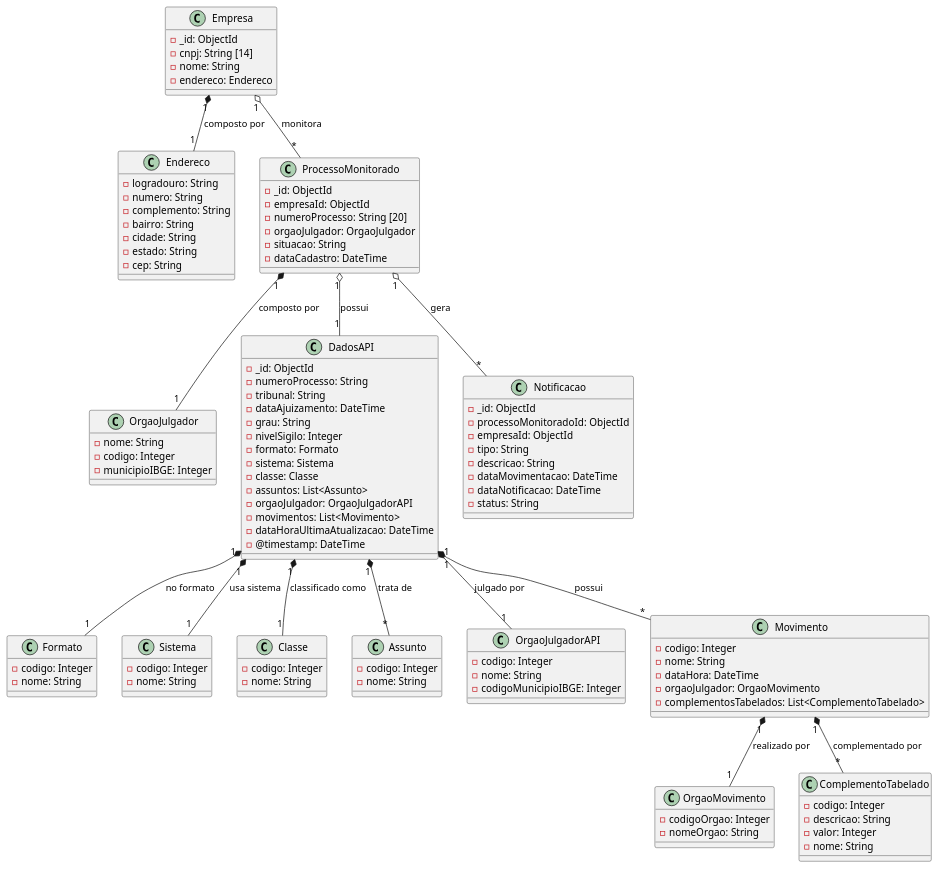
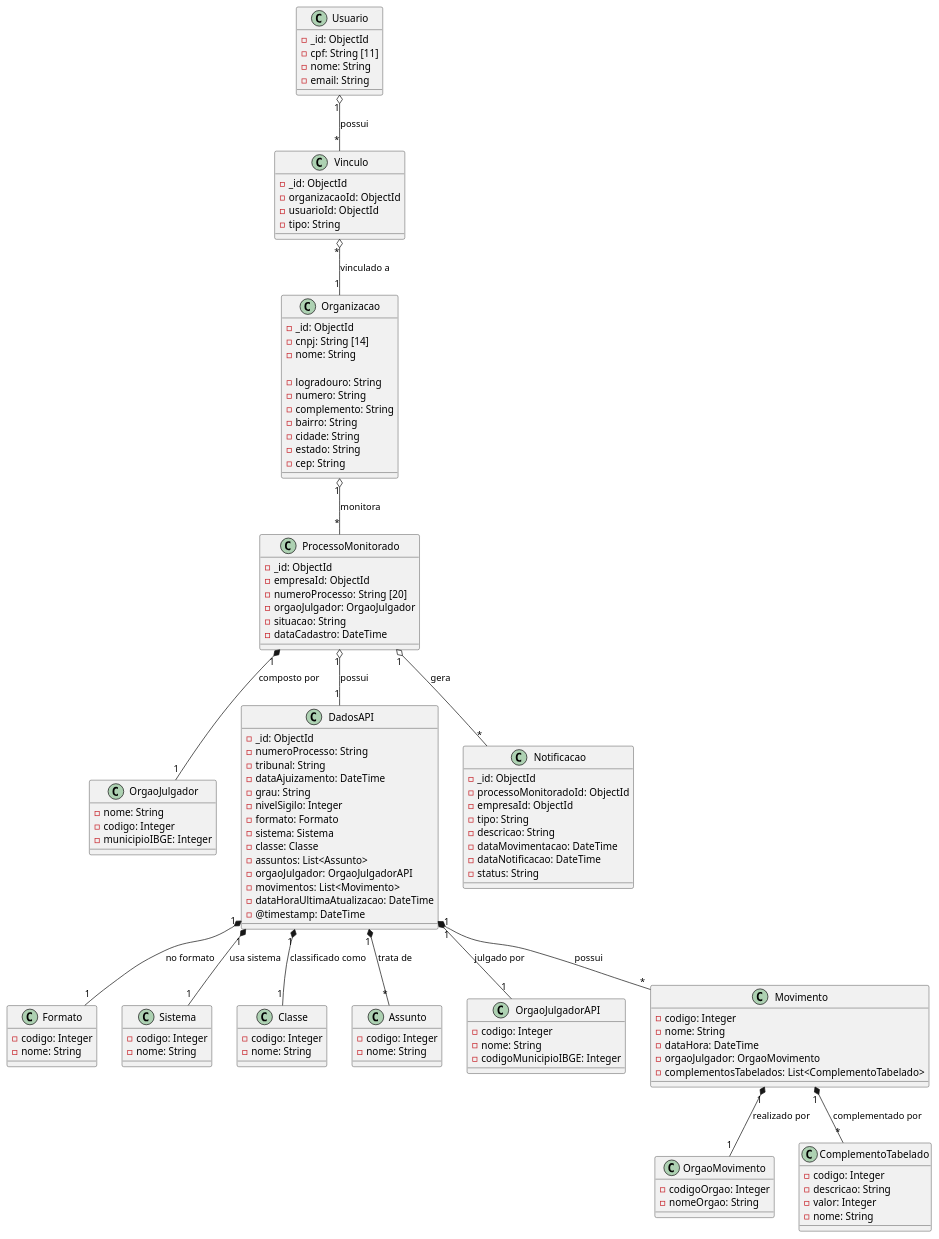
One commit to HelderVieira/cnj_push_notfication changed the diagram in docs/diagrama_classes.pu. Above: the diagram before and after it, drawn with PlantUML.

Commit message:
refactor: merge Endereco into Organizacao and add Usuario/Vinculo entities

```diff
--- a/docs/diagrama_classes.pu
+++ b/docs/diagrama_classes.pu
@@ -1,130 +1,142 @@
 @startuml CNJ Push Notification
 ' title CNJ Push Notification
 
-
-class Empresa {
+class Organizacao {
   - _id: ObjectId
   - cnpj: String [14]
   - nome: String
-  - endereco: Endereco
-}
 
-class Endereco {
   - logradouro: String
   - numero: String
   - complemento: String
   - bairro: String
   - cidade: String
   - estado: String
   - cep: String
 }
+
+class Vinculo {
+  - _id: ObjectId
+  - organizacaoId: ObjectId
+  - usuarioId: ObjectId
+  - tipo: String
+}
+
+class Usuario {
+  - _id: ObjectId
+  - cpf: String [11]
+  - nome: String
+  - email: String
+}
+
+Usuario "1" o-- "*" Vinculo : possui
+Vinculo "*" o-- "1" Organizacao : vinculado a
 
 class ProcessoMonitorado {
   - _id: ObjectId
   - empresaId: ObjectId
   - numeroProcesso: String [20]
   - orgaoJulgador: OrgaoJulgador
   - situacao: String
   - dataCadastro: DateTime
 }
 
 class OrgaoJulgador {
   - nome: String
   - codigo: Integer
   - municipioIBGE: Integer
 }
 
 class DadosAPI {
   - _id: ObjectId
   - numeroProcesso: String
   - tribunal: String
   - dataAjuizamento: DateTime
   - grau: String
   - nivelSigilo: Integer
   - formato: Formato
   - sistema: Sistema
   - classe: Classe
   - assuntos: List<Assunto>
   - orgaoJulgador: OrgaoJulgadorAPI
   - movimentos: List<Movimento>
   - dataHoraUltimaAtualizacao: DateTime
   - @timestamp: DateTime
 }
 
 class Formato {
   - codigo: Integer
   - nome: String
 }
 
 class Sistema {
   - codigo: Integer
   - nome: String
 }
 
 class Classe {
   - codigo: Integer
   - nome: String
 }
 
 class Assunto {
   - codigo: Integer
   - nome: String
 }
 
 class OrgaoJulgadorAPI {
   - codigo: Integer
   - nome: String
   - codigoMunicipioIBGE: Integer
 }
 
 class Movimento {
   - codigo: Integer
   - nome: String
   - dataHora: DateTime
   - orgaoJulgador: OrgaoMovimento
   - complementosTabelados: List<ComplementoTabelado>
 }
 
 class OrgaoMovimento {
   - codigoOrgao: Integer
   - nomeOrgao: String
 }
 
 class ComplementoTabelado {
   - codigo: Integer
   - descricao: String
   - valor: Integer
   - nome: String
 }
 
 class Notificacao {
   - _id: ObjectId
   - processoMonitoradoId: ObjectId
   - empresaId: ObjectId
   - tipo: String
   - descricao: String
   - dataMovimentacao: DateTime
   - dataNotificacao: DateTime
   - status: String
 }
 
 ' Relacionamentos
 
-Empresa "1" *-- "1" Endereco : composto por
-Empresa "1" o-- "*" ProcessoMonitorado : monitora
+Organizacao "1" o-- "*" ProcessoMonitorado : monitora
 
 ProcessoMonitorado "1" *-- "1" OrgaoJulgador : composto por
 ProcessoMonitorado "1" o-- "1" DadosAPI : possui
 ProcessoMonitorado "1" o-- "*" Notificacao : gera
 
 DadosAPI "1" *-- "*" Movimento : possui
 DadosAPI "1" *-- "1" OrgaoJulgadorAPI : julgado por
 Movimento "1" *-- "*" ComplementoTabelado : complementado por
 Movimento "1" *-- "1" OrgaoMovimento : realizado por
 
 DadosAPI "1" *-- "1" Formato : no formato
 DadosAPI "1" *-- "1" Sistema : usa sistema
 DadosAPI "1" *-- "1" Classe : classificado como
 DadosAPI "1" *-- "*" Assunto : trata de
 
 @enduml
```
